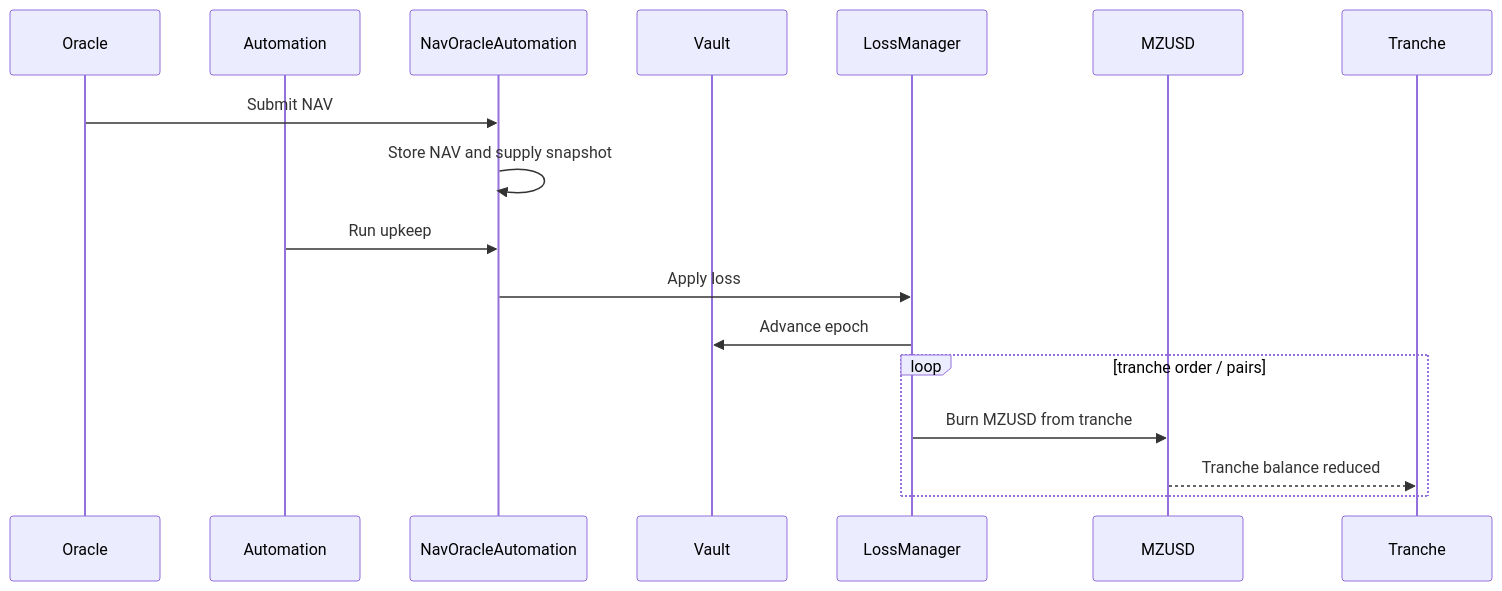
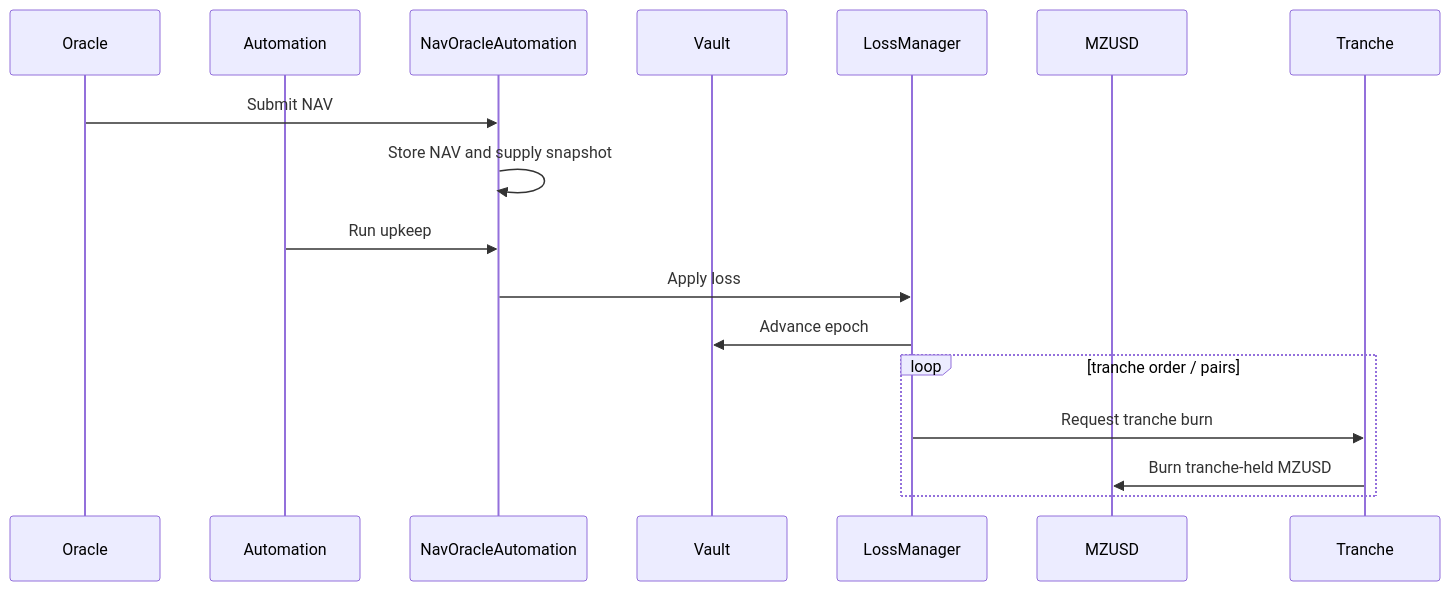
The fifth of 7 diagrams in documentation/protocol-diagrams.md (mezzanine-finance/smart-contracts), drawn with Mermaid before and after one commit. The commit also changed other lines of this file and 7 other files, not shown here.

````diff
--- a/documentation/protocol-diagrams.md
+++ b/documentation/protocol-diagrams.md
@@ -170,20 +171,20 @@
 ```mermaid
 sequenceDiagram
   participant Oracle
   participant Automation
   participant NavAuto as NavOracleAutomation
   participant Vault
   participant LossManager
   participant MZUSD
   participant Tranche
 
   Oracle->>NavAuto: Submit NAV
   NavAuto->>NavAuto: Store NAV and supply snapshot
   Automation->>NavAuto: Run upkeep
   NavAuto->>LossManager: Apply loss
   LossManager->>Vault: Advance epoch
   loop tranche order / pairs
-    LossManager->>MZUSD: Burn MZUSD from tranche
-    MZUSD-->>Tranche: Tranche balance reduced
+    LossManager->>Tranche: Request tranche burn
+    Tranche->>MZUSD: Burn tranche-held MZUSD
   end
 ```
````
